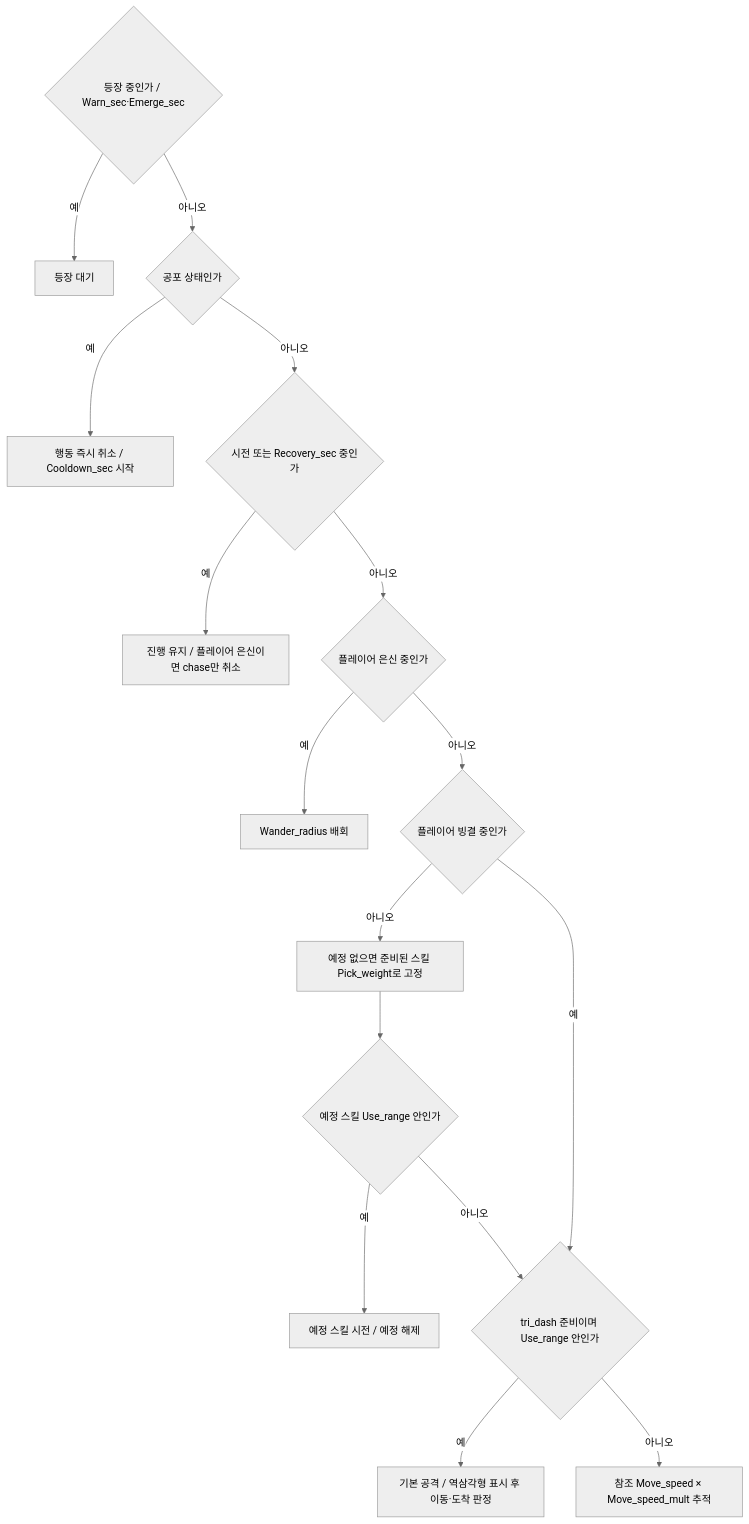
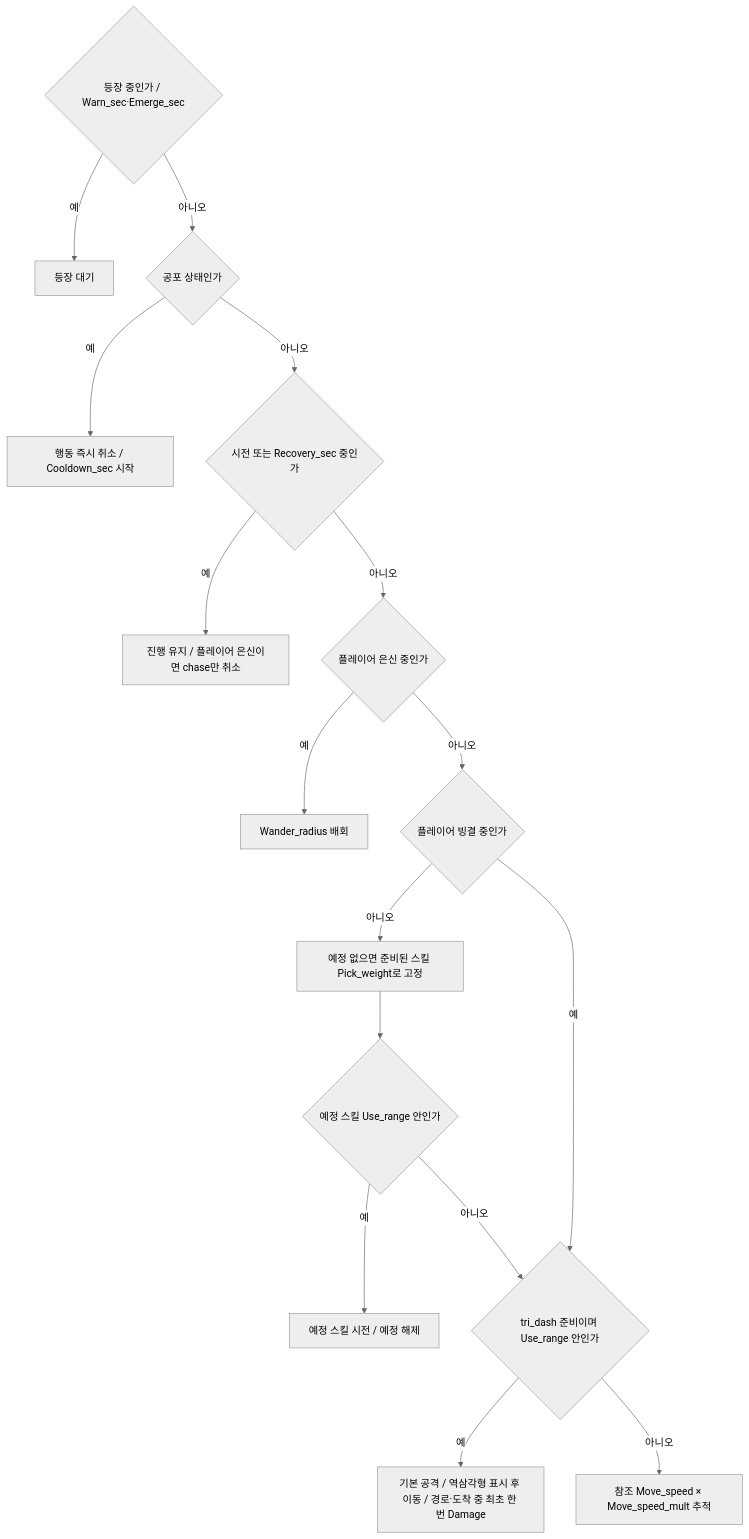
One commit to MoongTaeng-I/aigame changed the third of 3 diagrams in docs/systems/08_boss_and_time.md. Above: the diagram before and after it, drawn with Mermaid (neutral theme). The commit also changed other lines of this file and 18 other files, not shown here.

````diff
--- a/docs/systems/08_boss_and_time.md
+++ b/docs/systems/08_boss_and_time.md
@@ -355,33 +357,33 @@
 ```mermaid
 flowchart TD
     B0{"등장 중인가 / Warn_sec·Emerge_sec"}
     B1["등장 대기"]
     B2{"공포 상태인가"}
     B3["행동 즉시 취소 / Cooldown_sec 시작"]
     B4{"시전 또는 Recovery_sec 중인가"}
     B5["진행 유지 / 플레이어 은신이면 chase만 취소"]
     B6{"플레이어 은신 중인가"}
     B7["Wander_radius 배회"]
     B8{"플레이어 빙결 중인가"}
     B9["예정 없으면 준비된 스킬 Pick_weight로 고정"]
     B10{"예정 스킬 Use_range 안인가"}
     B11["예정 스킬 시전 / 예정 해제"]
     B12{"tri_dash 준비이며 Use_range 안인가"}
-    B13["기본 공격 / 역삼각형 표시 후 이동·도착 판정"]
+    B13["기본 공격 / 역삼각형 표시 후 이동 / 경로·도착 중 최초 한 번 Damage"]
     B14["참조 Move_speed × Move_speed_mult 추적"]
     B0 -->|예| B1
     B0 -->|아니오| B2
     B2 -->|예| B3
     B2 -->|아니오| B4
     B4 -->|예| B5
     B4 -->|아니오| B6
     B6 -->|예| B7
     B6 -->|아니오| B8
     B8 -->|예| B12
     B8 -->|아니오| B9
     B9 --> B10
     B10 -->|예| B11
     B10 -->|아니오| B12
     B12 -->|예| B13
     B12 -->|아니오| B14
 ```
````
